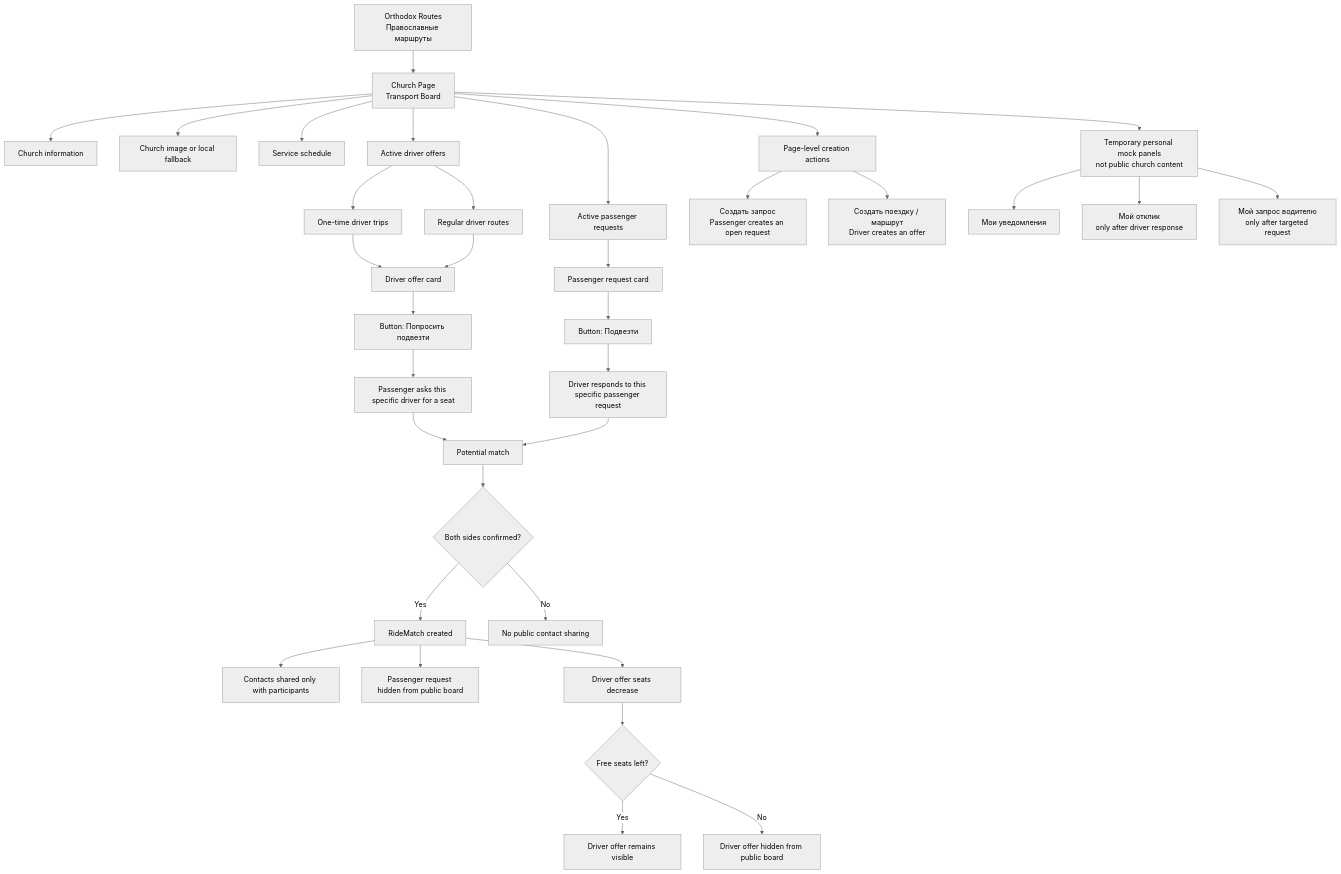
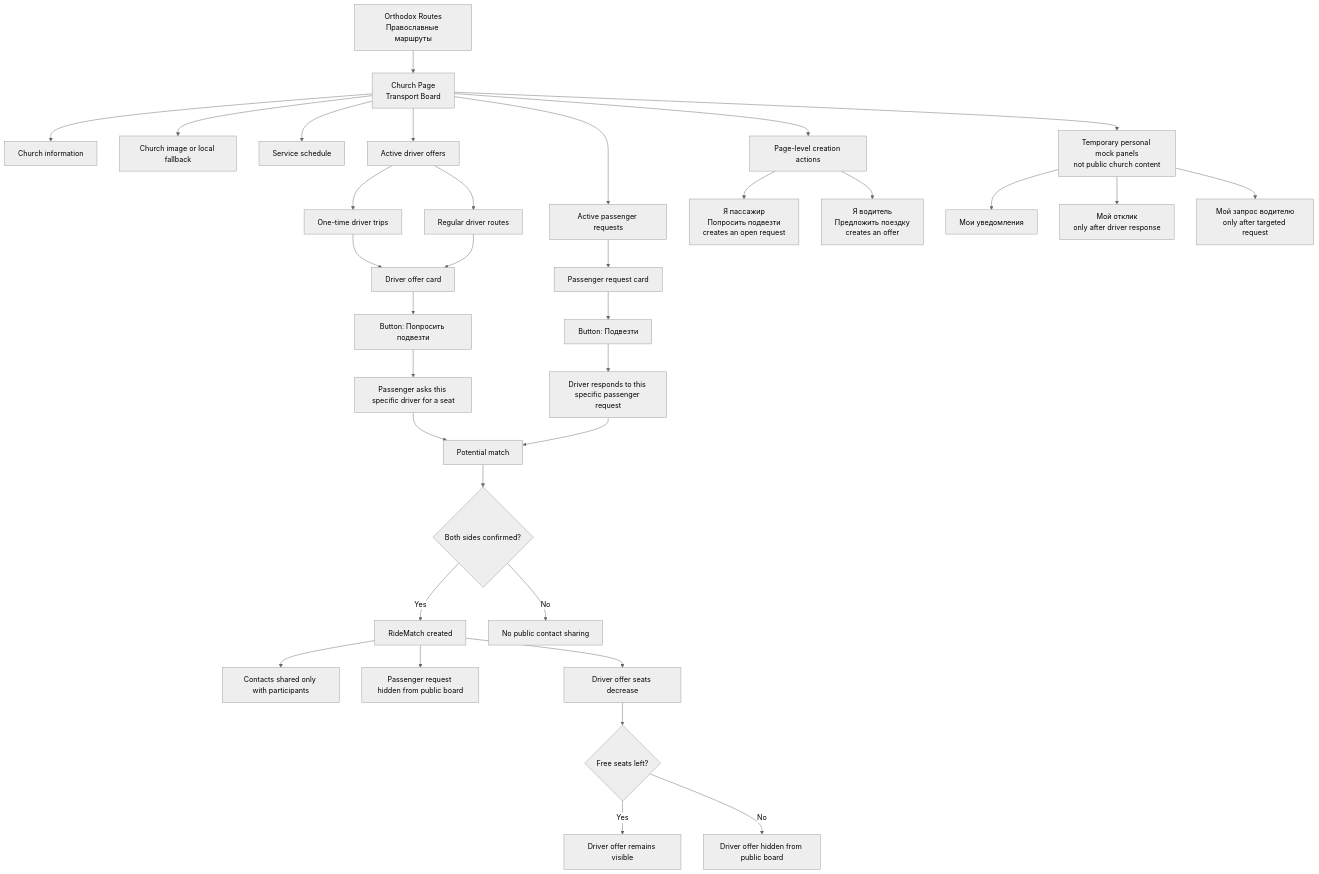
Before and after one commit to Agafanail/orthodox-routes: the first of 15 diagrams in docs/PROJECT_MAP.md, drawn with Mermaid (neutral theme). The commit also changed other lines of this file and 33 other files, not shown here.

First line of the commit message:
Improve church transport offer flows

````diff
--- a/docs/PROJECT_MAP.md
+++ b/docs/PROJECT_MAP.md
@@ -17,45 +19,45 @@
 ```mermaid
 flowchart TD
     A["Orthodox Routes<br/>Православные маршруты"] --> B["Church Page<br/>Transport Board"]
 
     B --> C["Church information"]
     B --> C1["Church image or local fallback"]
     B --> D["Service schedule"]
     B --> E["Active driver offers"]
     B --> F["Active passenger requests"]
     B --> G["Page-level creation actions"]
     B --> H["Temporary personal mock panels<br/>not public church content"]
 
     E --> E1["One-time driver trips"]
     E --> E2["Regular driver routes"]
     E1 --> E3["Driver offer card"]
     E2 --> E3
     E3 --> E4["Button: Попросить подвезти"]
     E4 --> E5["Passenger asks this specific driver for a seat"]
 
     F --> F1["Passenger request card"]
     F1 --> F2["Button: Подвезти"]
     F2 --> F3["Driver responds to this specific passenger request"]
 
-    G --> G1["Создать запрос<br/>Passenger creates an open request"]
-    G --> G2["Создать поездку / маршрут<br/>Driver creates an offer"]
+    G --> G1["Я пассажир<br/>Попросить подвезти<br/>creates an open request"]
+    G --> G2["Я водитель<br/>Предложить поездку<br/>creates an offer"]
 
     H --> H1["Мои уведомления"]
     H --> H2["Мой отклик<br/>only after driver response"]
     H --> H3["Мой запрос водителю<br/>only after targeted request"]
 
     E5 --> M["Potential match"]
     F3 --> M
 
     M --> M1{"Both sides confirmed?"}
     M1 -->|Yes| M2["RideMatch created"]
     M2 --> M3["Contacts shared only with participants"]
     M2 --> M4["Passenger request hidden from public board"]
     M2 --> M5["Driver offer seats decrease"]
 
     M5 --> M6{"Free seats left?"}
     M6 -->|Yes| M7["Driver offer remains visible"]
     M6 -->|No| M8["Driver offer hidden from public board"]
 
     M1 -->|No| M9["No public contact sharing"]
 ```
````
